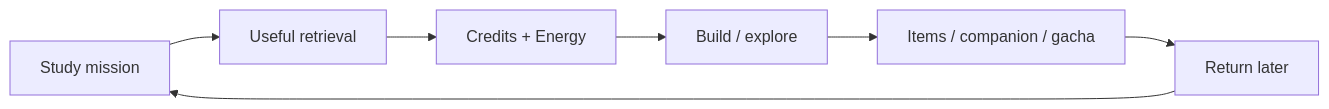
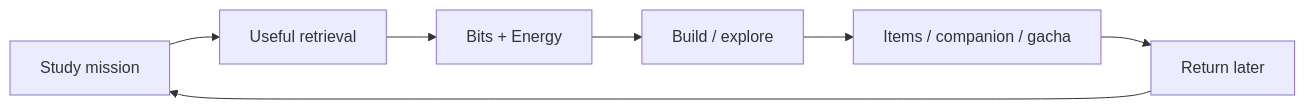
One commit to YukiUmetsu/adaptive-tech-learning-game changed the diagram in docs/07-gamification.md. Above: the diagram before and after it, drawn with Mermaid. The commit also changed other lines of this file and 71 other files, not shown here.

````diff
--- a/docs/07-gamification.md
+++ b/docs/07-gamification.md
@@ -7,9 +7,9 @@
 ```mermaid
 flowchart LR
     Study[Study mission] --> Learn[Useful retrieval]
-    Learn --> Reward[Credits + Energy]
+    Learn --> Reward[Bits + Energy]
     Reward --> World[Build / explore]
     World --> Collect[Items / companion / gacha]
     Collect --> Return[Return later]
     Return --> Study
 ```
````
